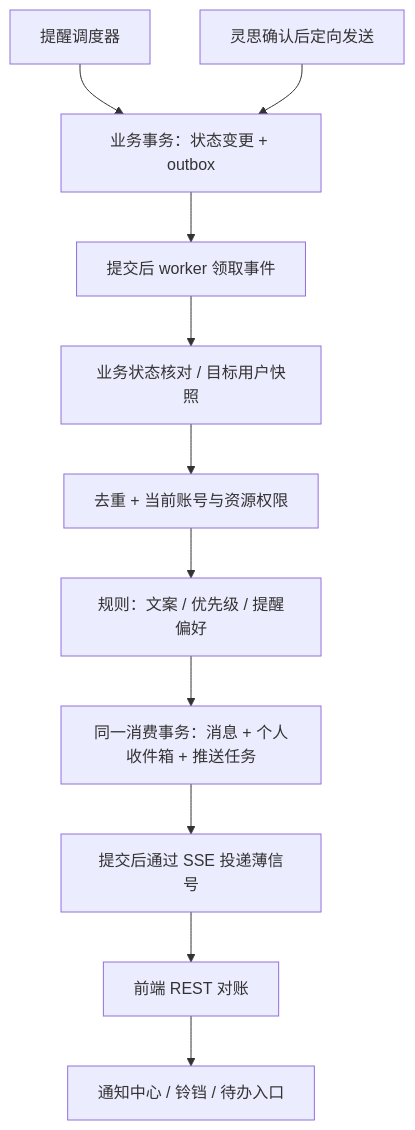
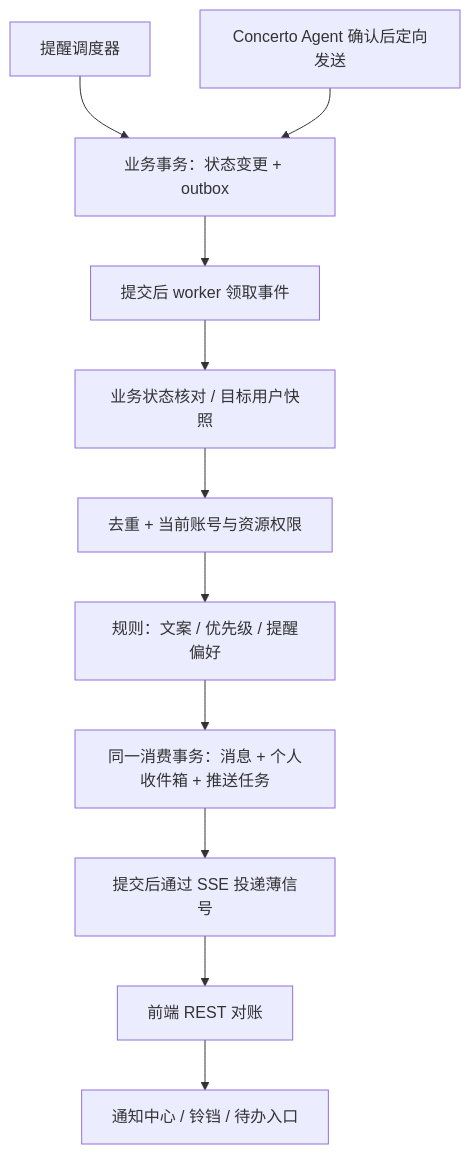
Before and after one commit to RanranCoder/Concerto: the second of 2 diagrams in docs/design/PAMS-消息通知管线重设计-v1.md, drawn with Mermaid. The commit also changed other lines of this file and 57 other files, not shown here.

Commit message:
docs: standardize Concerto Agent naming

````diff
--- a/docs/design/PAMS-消息通知管线重设计-v1.md
+++ b/docs/design/PAMS-消息通知管线重设计-v1.md
@@ -191,13 +191,13 @@
 ```mermaid
 flowchart TD
   A[业务事务：状态变更 + outbox] --> B[提交后 worker 领取事件]
   B --> C[业务状态核对 / 目标用户快照]
   C --> D[去重 + 当前账号与资源权限]
   D --> E[规则：文案 / 优先级 / 提醒偏好]
   E --> F[同一消费事务：消息 + 个人收件箱 + 推送任务]
   F --> G[提交后通过 SSE 投递薄信号]
   G --> H[前端 REST 对账]
   H --> I[通知中心 / 铃铛 / 待办入口]
   J[提醒调度器] --> A
-  K[灵思确认后定向发送] --> A
+  K[Concerto Agent 确认后定向发送] --> A
 ```
````
